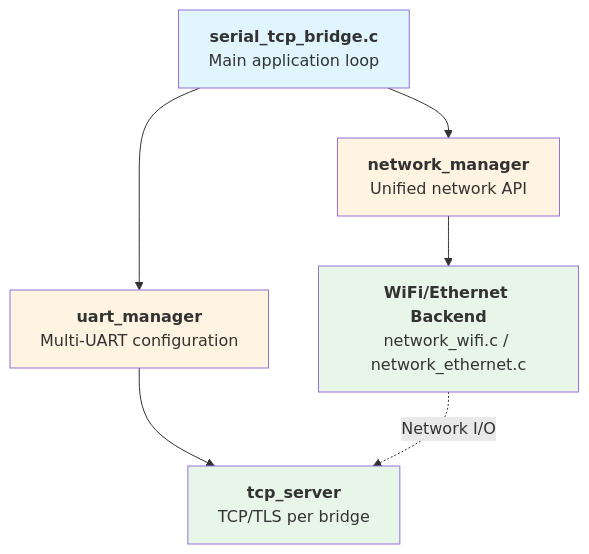
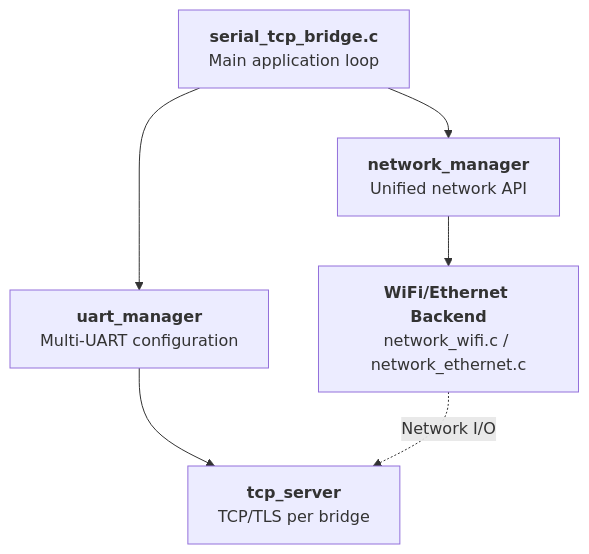
The second of 2 diagrams in README.md (blark/SSCTE), drawn with Mermaid before and after one commit.

Commit message:
fixed colors

````diff
--- a/README.md
+++ b/README.md
@@ -268,18 +268,13 @@
 ```mermaid
 graph TD
     Main["<b>serial_tcp_bridge.c</b><br/>Main application loop"]
 
     Main --> NetMgr["<b>network_manager</b><br/>Unified network API"]
     Main --> UartMgr["<b>uart_manager</b><br/>Multi-UART configuration"]
 
     NetMgr --> Backend["<b>WiFi/Ethernet Backend</b><br/>network_wifi.c / network_ethernet.c"]
     UartMgr --> TcpSrv["<b>tcp_server</b><br/>TCP/TLS per bridge"]
 
     Backend -.->|Network I/O| TcpSrv
 
-    style Main fill:#e1f5ff
-    style NetMgr fill:#fff4e1
-    style UartMgr fill:#fff4e1
-    style Backend fill:#e8f5e9
-    style TcpSrv fill:#e8f5e9
 ```
````
